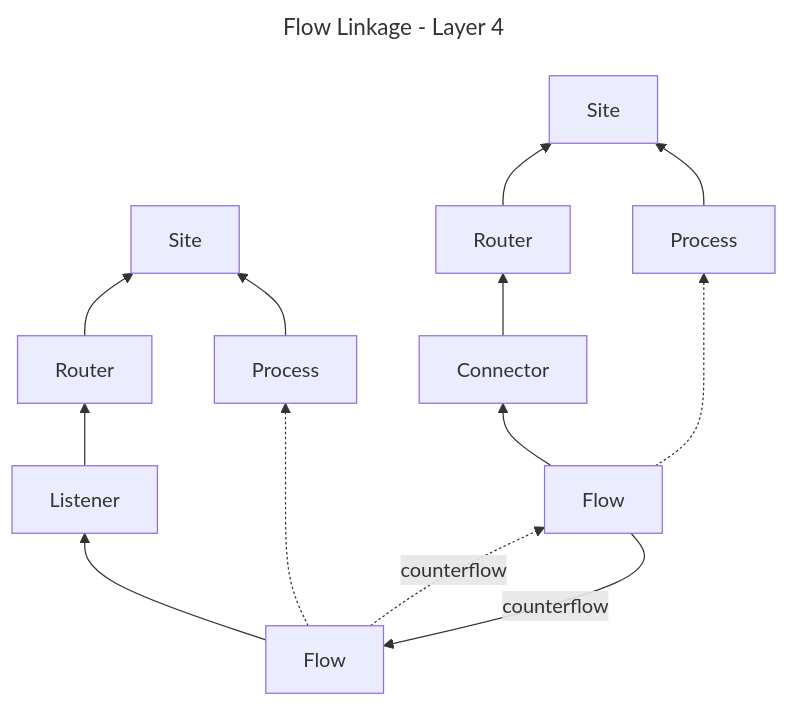
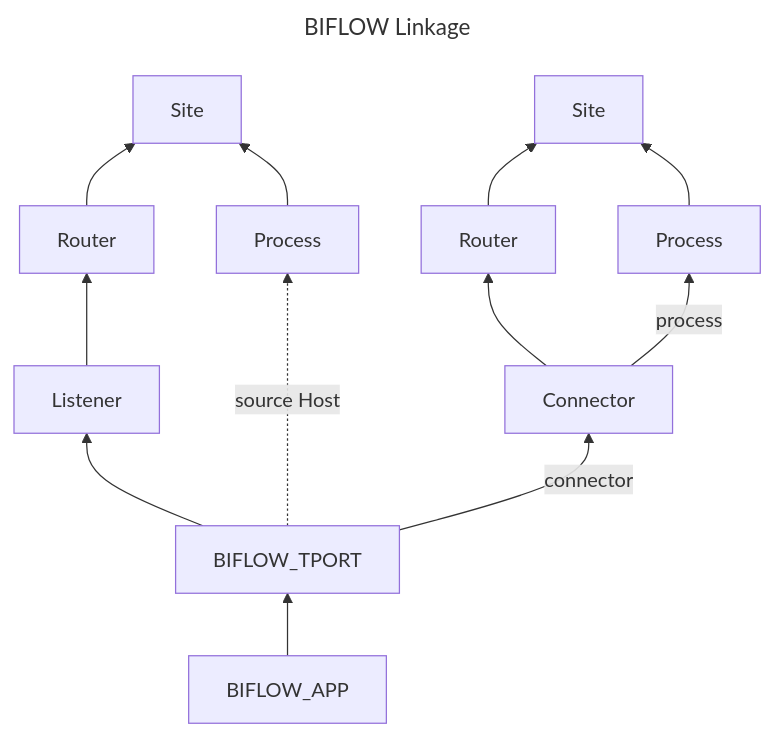
The second of 2 diagrams in README.md (c-kruse/vanflow-specification), drawn with Mermaid before and after one commit. The commit also changed other lines of this file, not shown here.

First line of the commit message:
Include BIFLOW_TPORT and BIFLOW_APP records

````diff
--- a/README.md
+++ b/README.md
@@ -428,21 +456,22 @@
 ```mermaid
 ---
-title: Flow Linkage - Layer 4
+title: BIFLOW Linkage
 ---
 flowchart BT;
     sL["Site"];
     rL["Router"] -->sL;
     Listener --> rL;
+
     pL["Process"] --> sL;
-    fL["Flow"] --> Listener;
-    fL -.-> pL;
     sC["Site"];
     rC["Router"] -->sC;
     Connector --> rC;
+    Connector --> |process| pC;
     pC["Process"] --> sC;
-    fC["Flow"] --> Connector;
-    fC -.-> pC;
 
-    fC --> |counterflow| fL;
-    fL -.-> |counterflow| fC;
+    bf["BIFLOW_TPORT"] --> Listener;
+    bf --> |connector| Connector;
+    bf -.-> |source Host| pL;
+
+    bfapp["BIFLOW_APP"] --> bf;
 ```
````
